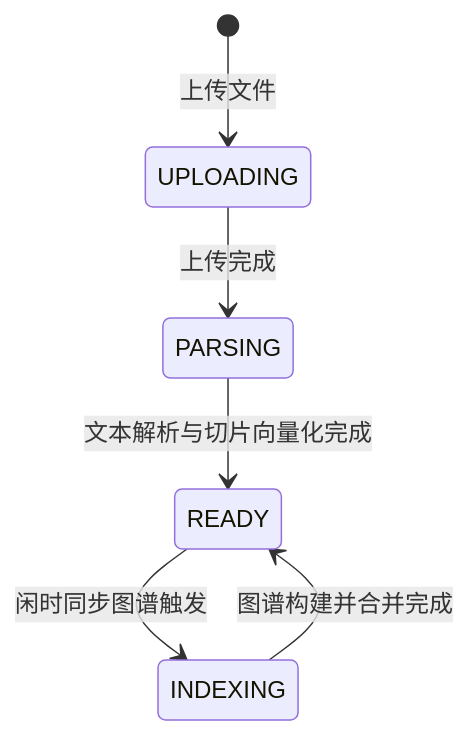
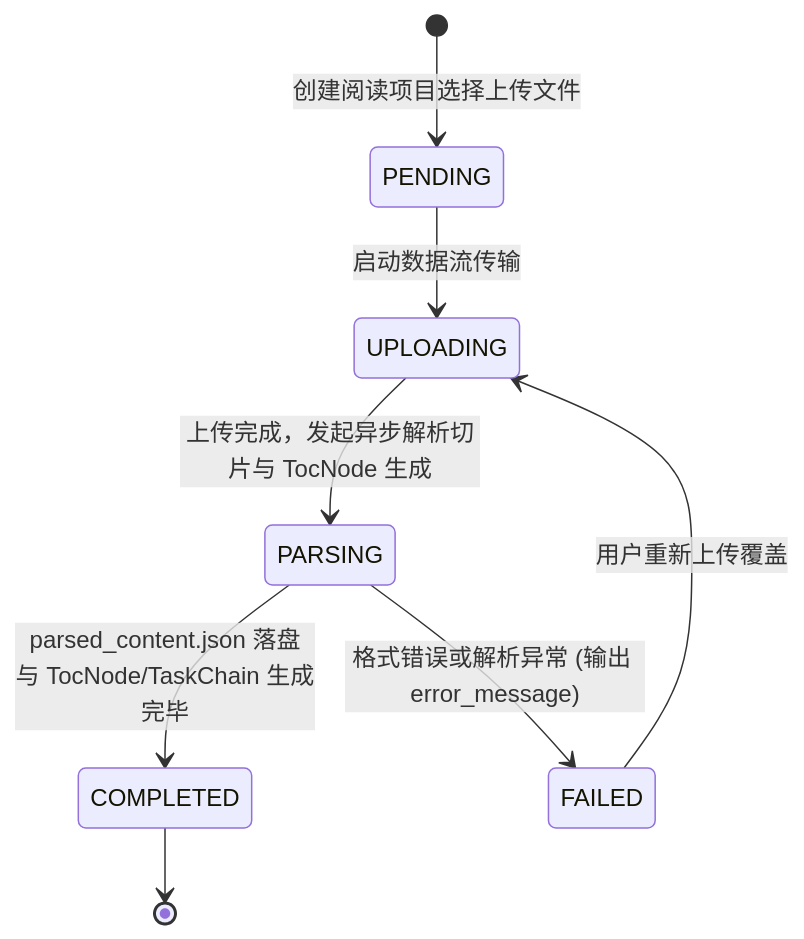
One commit to shanglihong/i-have-a-plan changed the fourth of 11 diagrams in docs/04_interaction_design/flow_state_spec-v1.0.md. Above: the diagram before and after it, drawn with Mermaid. The commit also changed other lines of this file and 1 other file, not shown here.

Commit message:
docs: update flow state specification and add new flow UX design document

````diff
--- a/docs/04_interaction_design/flow_state_spec-v1.0.md
+++ b/docs/04_interaction_design/flow_state_spec-v1.0.md
@@ -37,8 +87,10 @@
 ```mermaid
 stateDiagram-v2
-    [*] --> UPLOADING : 上传文件
-    UPLOADING --> PARSING : 上传完成
-    PARSING --> READY : 文本解析与切片向量化完成
-    READY --> INDEXING : 闲时同步图谱触发
-    INDEXING --> READY : 图谱构建并合并完成
+    [*] --> PENDING : 创建阅读项目选择上传文件
+    PENDING --> UPLOADING : 启动数据流传输
+    UPLOADING --> PARSING : 上传完成，发起异步解析切片与 TocNode 生成
+    PARSING --> COMPLETED : parsed_content.json 落盘与 TocNode/TaskChain 生成完毕
+    PARSING --> FAILED : 格式错误或解析异常 (输出 error_message)
+    FAILED --> UPLOADING : 用户重新上传覆盖
+    COMPLETED --> [*]
 ```
````
